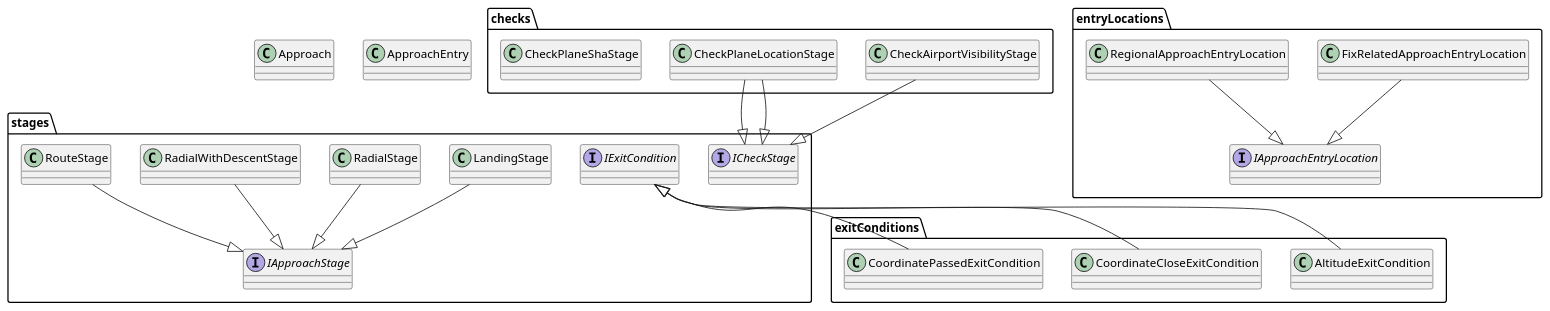
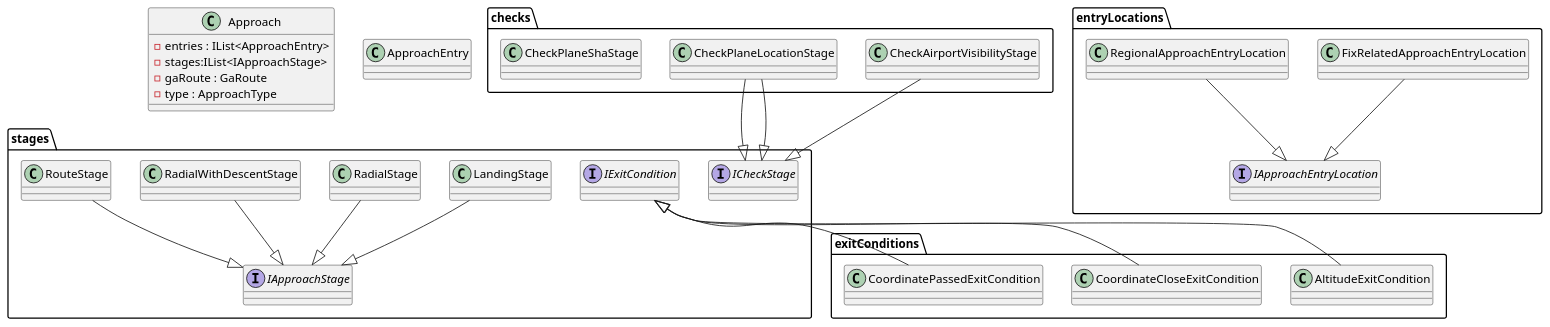
Before and after one commit to Engin1980/J-ATC-Simulator: the diagram in Simulator/Backend/AreaLib/src/eng/jAtcSim/newLib/area/approaches/ApproachClassDiagram.puml, drawn with PlantUML.

```diff
--- a/Simulator/Backend/AreaLib/src/eng/jAtcSim/newLib/area/approaches/ApproachClassDiagram.puml
+++ b/Simulator/Backend/AreaLib/src/eng/jAtcSim/newLib/area/approaches/ApproachClassDiagram.puml
@@ -1,51 +1,56 @@
 @startuml
 
-class Approach
+class Approach{
+  -entries : IList<ApproachEntry>
+  -stages:IList<IApproachStage>
+  -gaRoute : GaRoute
+  -type : ApproachType
+}
 class ApproachEntry
 
 package stages{
 interface IApproachStage
 interface ICheckStage
 interface IExitCondition
 
 class LandingStage
 class RadialStage
 class RadialWithDescentStage
 class RouteStage
 }
 
 LandingStage --|> IApproachStage
 RadialStage --|> IApproachStage
 RadialWithDescentStage --|> IApproachStage
 RouteStage --|> IApproachStage
 
 package checks{
 class CheckAirportVisibilityStage
 class CheckPlaneLocationStage
 class CheckPlaneShaStage
 }
 
 CheckAirportVisibilityStage --|> ICheckStage
 CheckPlaneLocationStage --|> ICheckStage
 CheckPlaneLocationStage --|> ICheckStage
 
 package exitConditions{
 class AltitudeExitCondition
 class CoordinateCloseExitCondition
 class CoordinatePassedExitCondition
 }
 
 AltitudeExitCondition --|> IExitCondition
 IExitCondition <|-- CoordinateCloseExitCondition
 IExitCondition <|-- CoordinatePassedExitCondition
 
 package entryLocations{
 interface IApproachEntryLocation
 class FixRelatedApproachEntryLocation
 class RegionalApproachEntryLocation
 }
 
 FixRelatedApproachEntryLocation --|> IApproachEntryLocation
 RegionalApproachEntryLocation --|> IApproachEntryLocation
 
 @enduml
```
